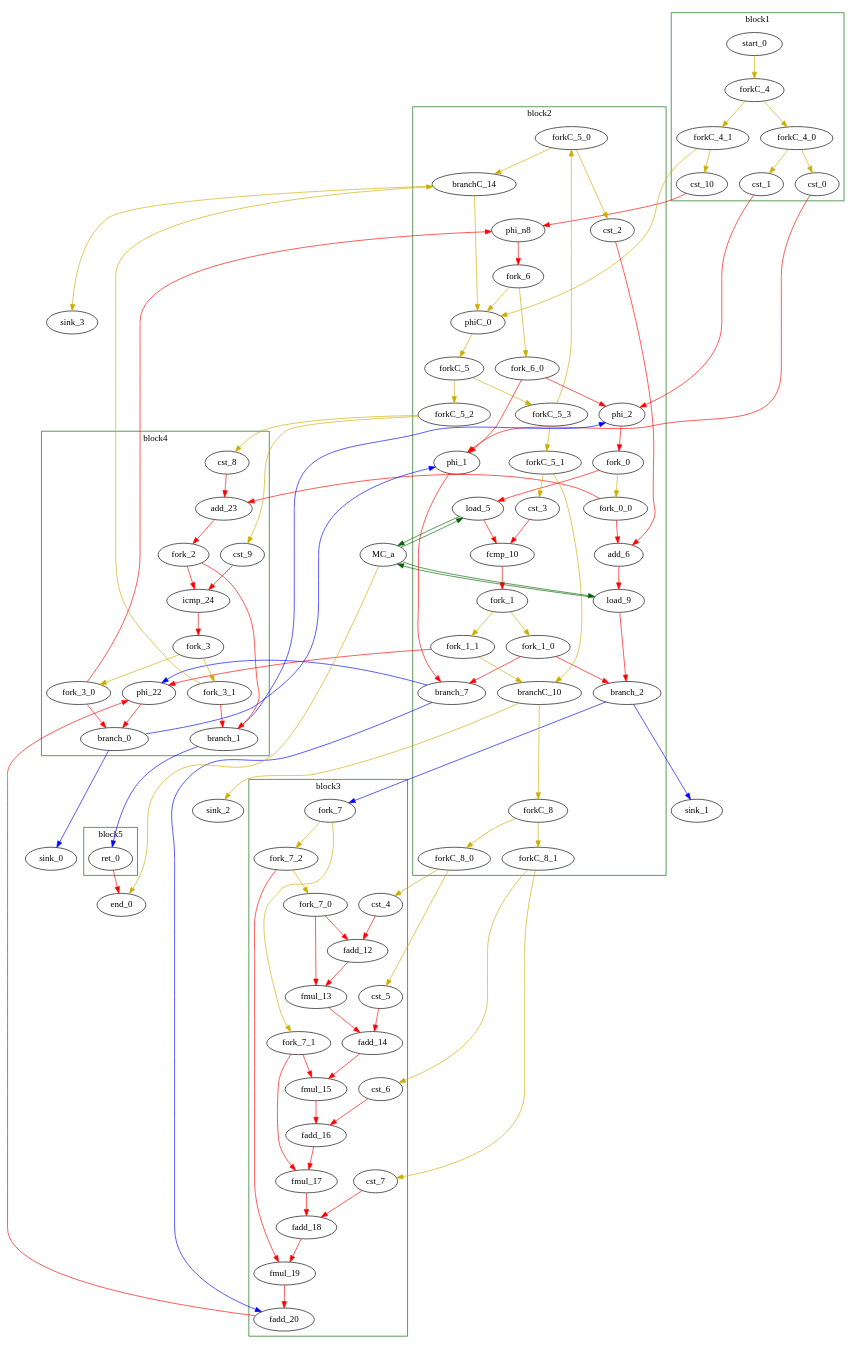
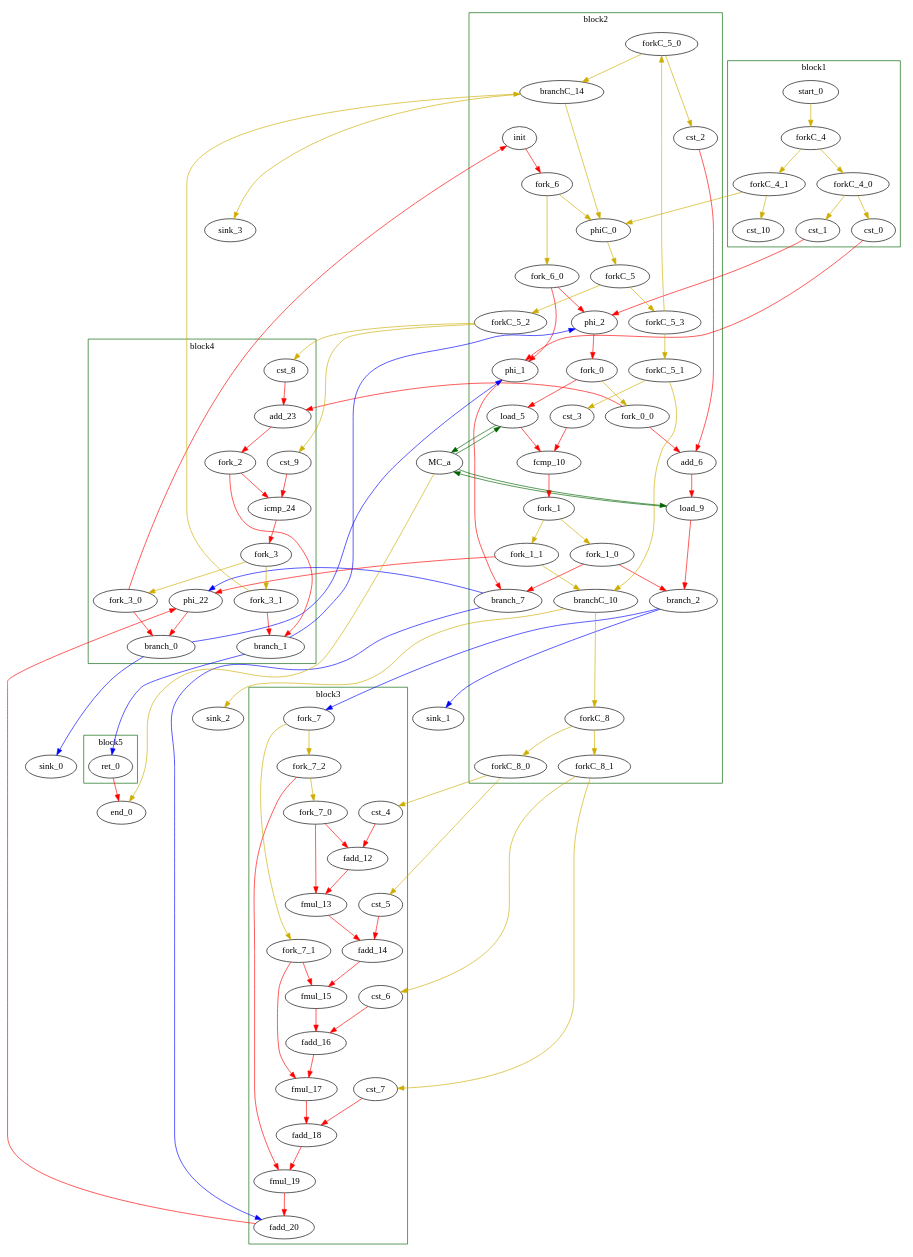
Before and after one commit to VCA-EPFL/dataflow-rewriter: the diagram in benchmarks/preprocessed-baseline-gsum-single.dot, drawn with Graphviz. The commit also changed 5 other files, not shown here.

```diff
--- a/benchmarks/preprocessed-baseline-gsum-single.dot
+++ b/benchmarks/preprocessed-baseline-gsum-single.dot
@@ -27,7 +27,7 @@
 		"cst_3" [type = "Constant", bbID= 2, in = "in1:32", out = "out1:32", value = "0x00000000", tagged=false, taggers_num=0, tagger_id=-1];
 		"fcmp_10" [type = "Operator", bbID= 2, op = "fcmp_ult_op", in = "in1:32 in2:32 ", out = "out1:1 ", delay=0.966, latency=2, II=1, tagged=false, taggers_num=0, tagger_id=-1];
 		"phiC_0" [type = "mux T", bbID= 2, in = "in1?:1 in2:0 in3:0 ", out = "out1:0", delay=0.166, tagged=false, taggers_num=0, tagger_id=-1];
-		"phi_n8" [type = "Merge", bbID= 2, in = "in1:32 in2:32 ", out = "out1:32", delay=0.366, tagged=false, taggers_num=0, tagger_id=-1];
+		"init" [type = "init Bool false", bbID= 2, in = "in1:32 ", out = "out1:32", delay=0.366, tagged=false, taggers_num=0, tagger_id=-1];
 		"branch_2" [type = "branch T", bbID= 2,  in = "in1:32 in2?:1", out = "out1+:32 out2-:32", tagged=false, taggers_num=0, tagger_id=-1];
 		"branch_7" [type = "branch T", bbID= 2,  in = "in1:32 in2?:1", out = "out1+:32 out2-:32", tagged=false, taggers_num=0, tagger_id=-1];
 		"branchC_10" [type = "branch T", bbID= 2,  in = "in1:0 in2?:1", out = "out1+:0 out2-:0", tagged=false, taggers_num=0, tagger_id=-1];
@@ -141,8 +141,7 @@
 	"phiC_0" -> "forkC_5" [color = "gold3", from = "out1", to = "in1"];
 	"branch_0" -> "sink_0" [color = "blue", minlen = 3, from = "out1", to = "in1"];
 	"branch_0" -> "phi_1" [color = "blue", minlen = 3, from = "out2", to = "in3"];
-	"phi_n8" -> "fork_6" [color = "red", from = "out1", to = "in1"];
-	"cst_10" -> "phi_n8" [color = "red", from = "out1", to = "in1"];
+	"init" -> "fork_6" [color = "red", from = "out1", to = "in1"];
 	"branch_1" -> "ret_0" [color = "blue", minlen = 3, from = "out1", to = "in1"];
 	"branch_1" -> "phi_2" [color = "blue", minlen = 3, from = "out2", to = "in3"];
 	"branch_2" -> "sink_1" [color = "blue", minlen = 3, from = "out1", to = "in1"];
@@ -174,7 +173,7 @@
 	"fork_2" -> "icmp_24" [color = "red", from = "out1", to = "in1"];
 	"fork_2" -> "branch_1" [color = "red", from = "out2", to = "in1"];
     "fork_3_0" -> "branch_0" [color = "red", from = "out1", to = "in2"];
-    "fork_3_0" -> "phi_n8" [color = "red", from = "out2", to = "in2"];
+    "fork_3_0" -> "init" [color = "red", from = "out2", to = "in1"];
     "fork_3_1" -> "branch_1" [color = "red", from = "out1", to = "in2"];
     "fork_3_1" -> "branchC_14" [color = "gold3", from = "out2", to = "in2"];
     "fork_3" -> "fork_3_0" [color = "gold3", from = "out1", to = "in1"];
```
